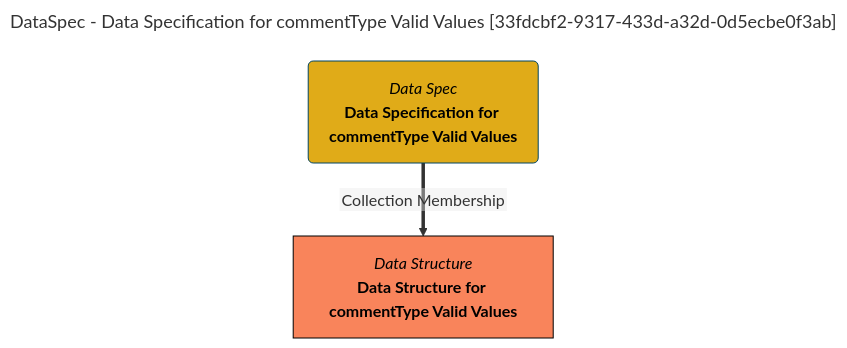
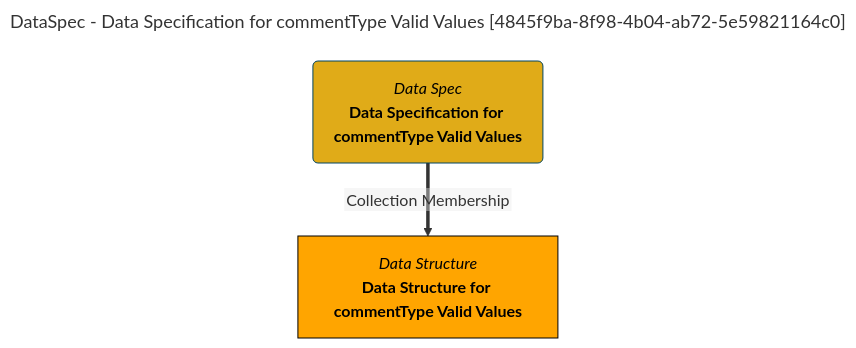
One commit to odpi/egeria-docs changed the diagram in site/snippets/collections/data-specs/data-specification-for-commenttype-valid-values-mermaid-graph.md. Above: the diagram before and after it, drawn with Mermaid. The commit also changed 2201 other files, not shown here.

````diff
--- a/site/snippets/collections/data-specs/data-specification-for-commenttype-valid-values-mermaid-graph.md
+++ b/site/snippets/collections/data-specs/data-specification-for-commenttype-valid-values-mermaid-graph.md
@@ -1,15 +1,15 @@
 ```mermaid
 ---
-title: DataSpec - Data Specification for commentType Valid Values [33fdcbf2-9317-433d-a32d-0d5ecbe0f3ab]
+title: DataSpec - Data Specification for commentType Valid Values [4845f9ba-8f98-4b04-ab72-5e59821164c0]
 ---
 flowchart TD
 %%{init: {"flowchart": {"htmlLabels": false}} }%%
 
 1@{ shape: rounded, label: "*Data Spec*
 **Data Specification for commentType Valid Values**"}
 2@{ shape: rect, label: "*Data Structure*
 **Data Structure for commentType Valid Values**"}
 1==>|"Collection Membership"|2
 style 1 color:#000000, fill:#e0ab18, stroke:#004563
-style 2 color:#000000, fill:#f9845b, stroke:#000000
+style 2 color:#000000, fill:#FFA500, stroke:#000000
 ```
````
